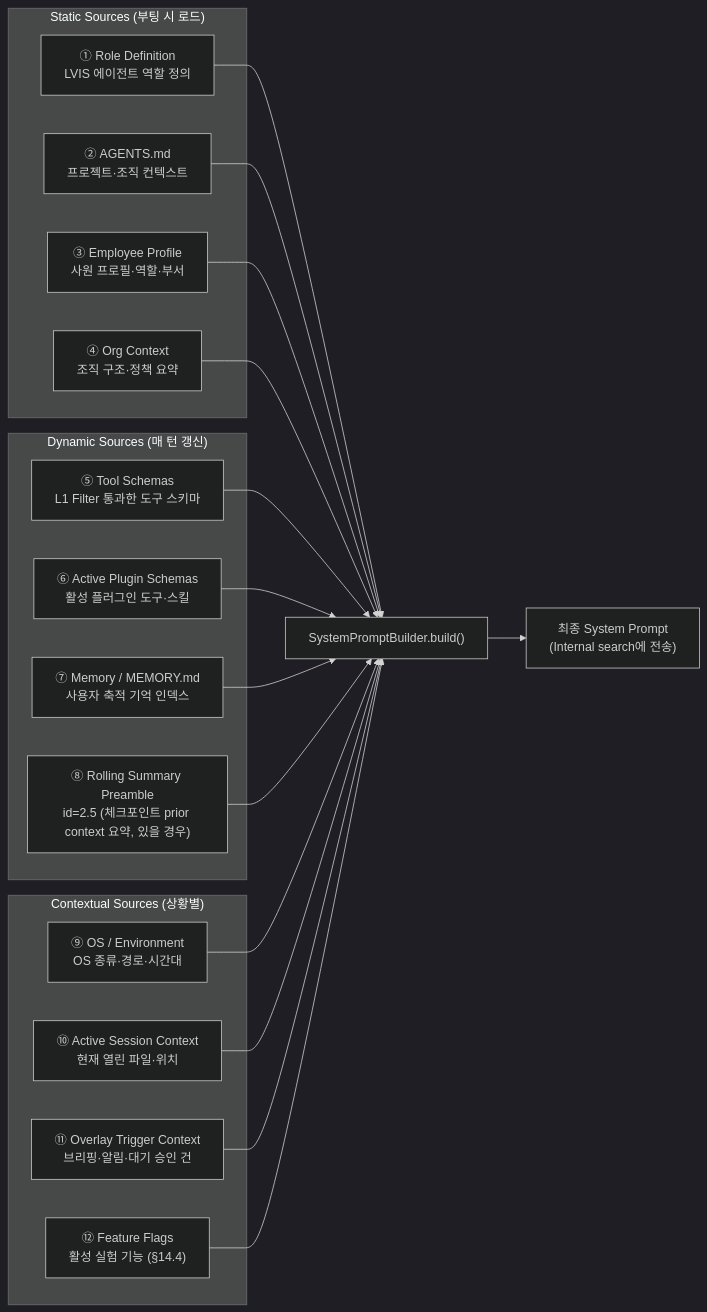
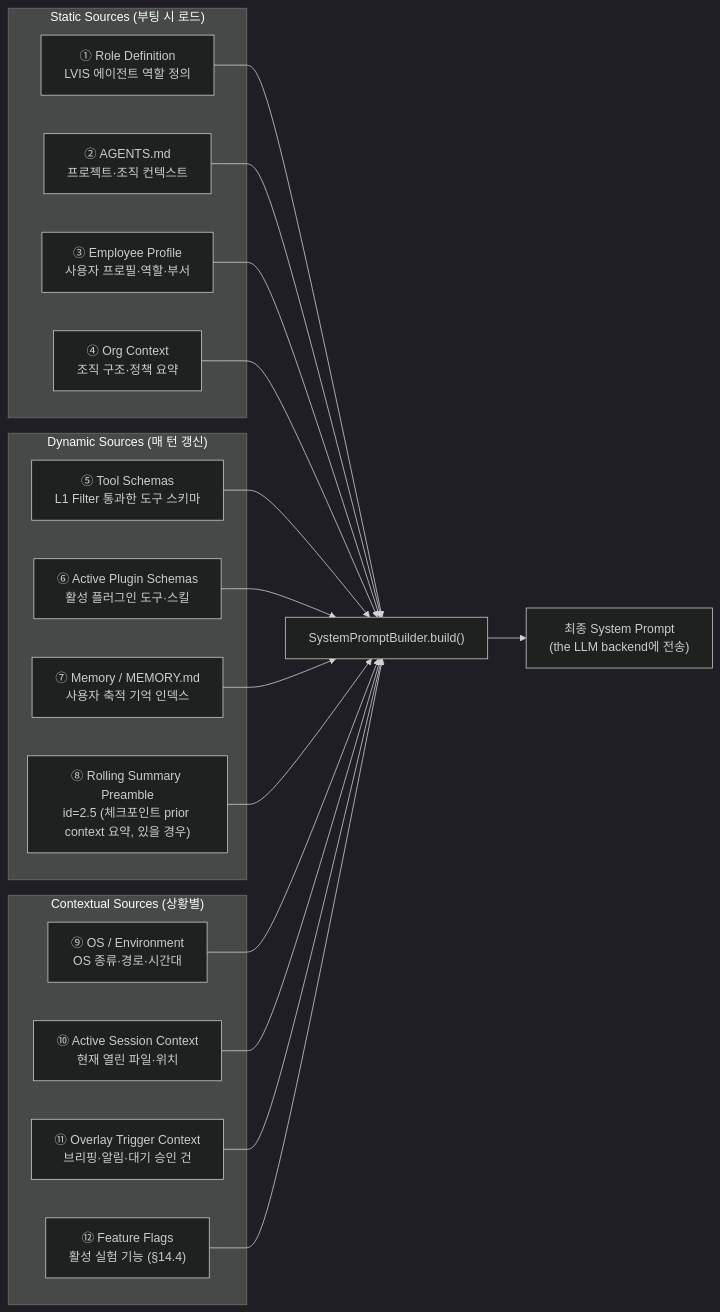
Diagram 14 of 44 in docs/architecture/architecture.md (lvis-project/lvis-app), drawn with Mermaid (dark theme) before and after one commit. The commit also changed other lines of this file and 76 other files, not shown here.

````diff
--- a/docs/architecture/architecture.md
+++ b/docs/architecture/architecture.md
@@ -995,38 +995,38 @@
 ```mermaid
 flowchart LR
     subgraph "Static Sources (부팅 시 로드)"
         S1["① Role Definition<br/>LVIS 에이전트 역할 정의"]
         S2["② AGENTS.md<br/>프로젝트·조직 컨텍스트"]
-        S3["③ Employee Profile<br/>사원 프로필·역할·부서"]
+        S3["③ Employee Profile<br/>사용자 프로필·역할·부서"]
         S4["④ Org Context<br/>조직 구조·정책 요약"]
     end
 
     subgraph "Dynamic Sources (매 턴 갱신)"
         S5["⑤ Tool Schemas<br/>L1 Filter 통과한 도구 스키마"]
         S6["⑥ Active Plugin Schemas<br/>활성 플러그인 도구·스킬"]
         S7["⑦ Memory / MEMORY.md<br/>사용자 축적 기억 인덱스"]
         S8["⑧ Rolling Summary Preamble<br/>id=2.5 (체크포인트 prior context 요약, 있을 경우)"]
     end
 
     subgraph "Contextual Sources (상황별)"
         S9["⑨ OS / Environment<br/>OS 종류·경로·시간대"]
         S10["⑩ Active Session Context<br/>현재 열린 파일·위치"]
         S11["⑪ Overlay Trigger Context<br/>브리핑·알림·대기 승인 건"]
         S12["⑫ Feature Flags<br/>활성 실험 기능 (§14.4)"]
     end
 
     S1 --> BUILD["SystemPromptBuilder.build()"]
     S2 --> BUILD
     S3 --> BUILD
     S4 --> BUILD
     S5 --> BUILD
     S6 --> BUILD
     S7 --> BUILD
     S8 --> BUILD
     S9 --> BUILD
     S10 --> BUILD
     S11 --> BUILD
     S12 --> BUILD
 
-    BUILD --> PROMPT["최종 System Prompt<br/>(Internal search에 전송)"]
+    BUILD --> PROMPT["최종 System Prompt<br/>(the LLM backend에 전송)"]
 ```
````
